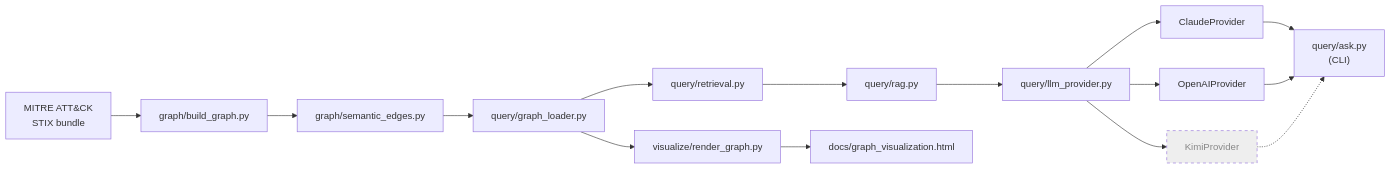
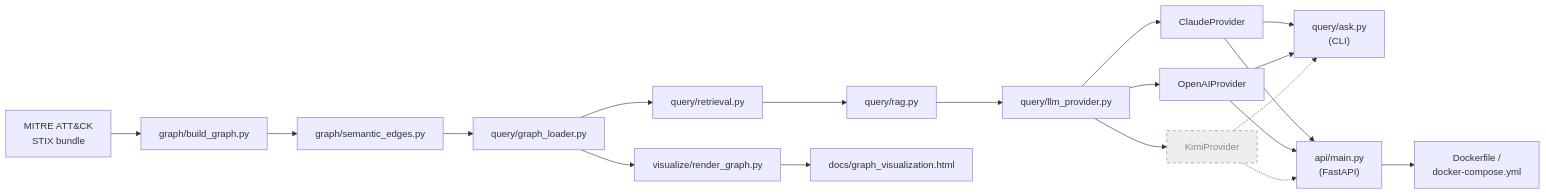
Before and after one commit to HungryBrain-bot/attackKnowledgeGraph: the first of 2 diagrams in README.md, drawn with Mermaid. The commit also changed other lines of this file and 6 other files, not shown here.

First line of the commit message:
feat: containerize the query API (Dockerfile, docker-compose)

````diff
--- a/README.md
+++ b/README.md
@@ -108,20 +108,24 @@
 ```mermaid
 flowchart LR
     STIX["MITRE ATT&CK<br/>STIX bundle"] --> BG["graph/build_graph.py"]
     BG --> SE["graph/semantic_edges.py"]
     SE --> GL["query/graph_loader.py"]
     GL --> RET["query/retrieval.py"]
     RET --> RAG["query/rag.py"]
     RAG --> LP["query/llm_provider.py"]
     LP --> CP["ClaudeProvider"]
     LP --> OP["OpenAIProvider"]
     LP --> KP["KimiProvider"]
     CP --> ASK["query/ask.py<br/>(CLI)"]
     OP --> ASK
     KP -.-> ASK
+    CP --> API["api/main.py<br/>(FastAPI)"]
+    OP --> API
+    KP -.-> API
+    API --> DOCKER["Dockerfile /<br/>docker-compose.yml"]
     GL --> VZ["visualize/render_graph.py"]
     VZ --> HTMLOUT["docs/graph_visualization.html"]
 
     classDef stub stroke-dasharray: 5 5,fill:#eee,color:#888;
     class KP stub;
 ```
````
